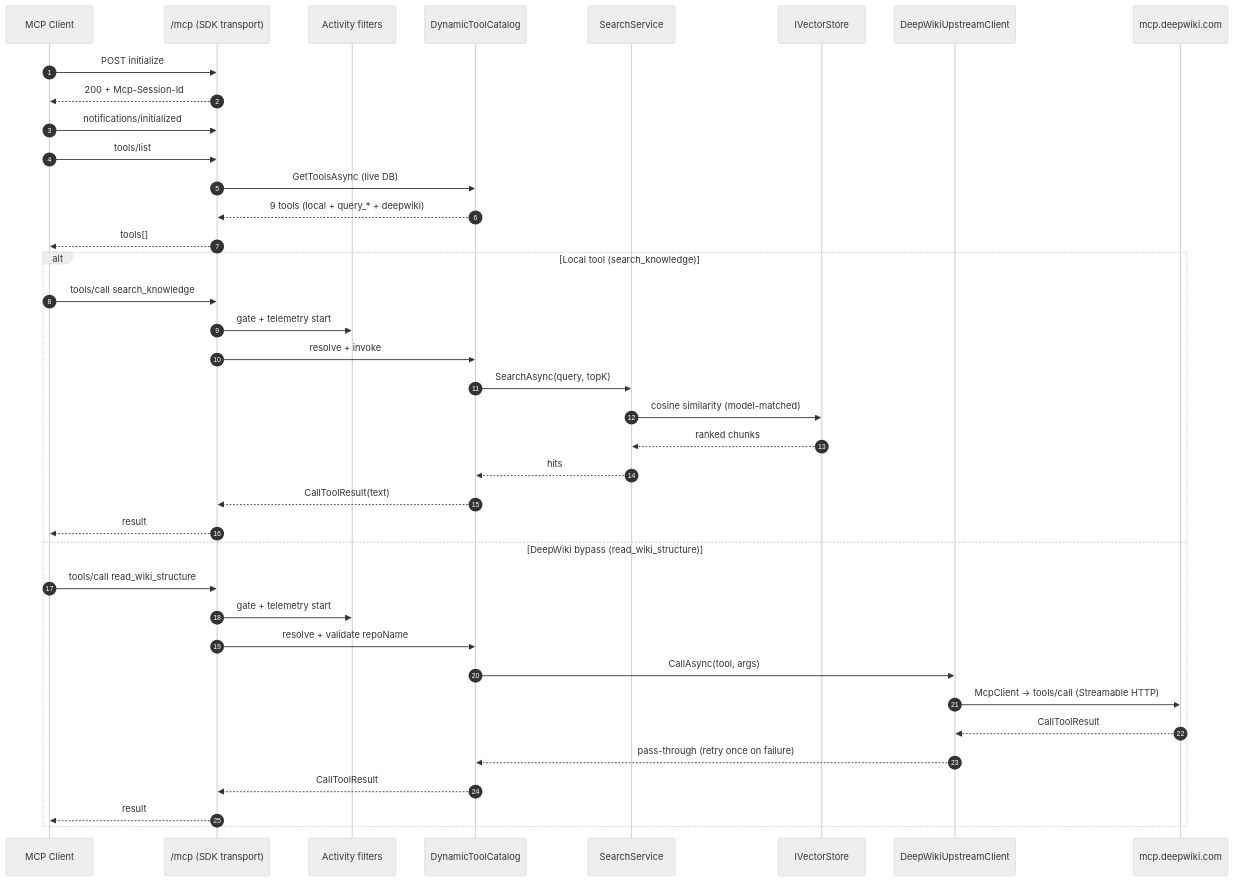
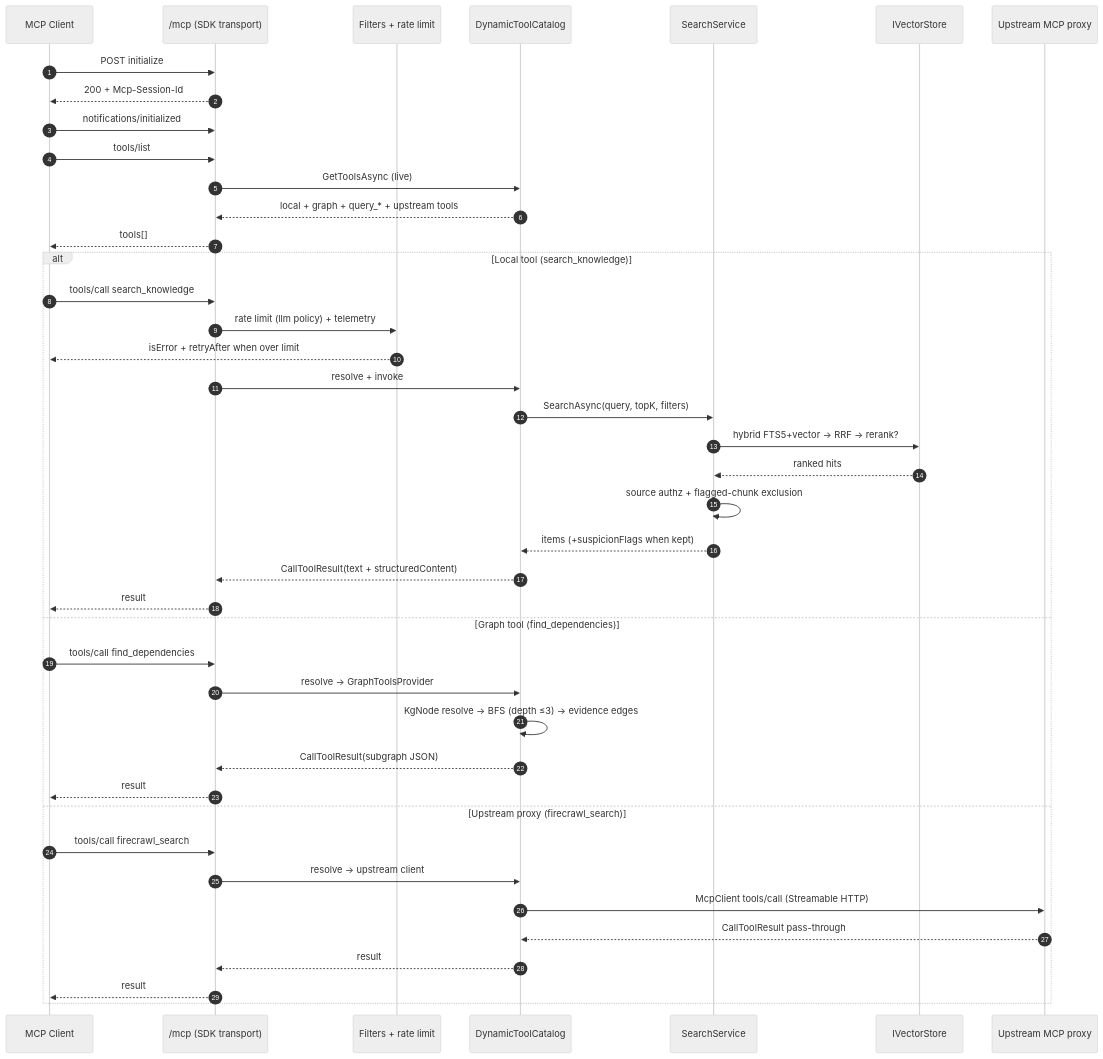
The second of 3 diagrams in docs/architecture/system-architecture.md (afonsoft/LangGraph-UI), drawn with Mermaid before and after one commit. The commit also changed other lines of this file and 29 other files, not shown here.

First line of the commit message:
docs: refresh architecture docs, ADRs, READMEs, and aux guides (#173)

````diff
--- a/docs/architecture/system-architecture.md
+++ b/docs/architecture/system-architecture.md
@@ -97,43 +126,47 @@
 ```mermaid
 %%{init: {'theme':'neutral'}}%%
 sequenceDiagram
     autonumber
     participant C as MCP Client
     participant K as /mcp (SDK transport)
-    participant F as Activity filters
+    participant F as Filters + rate limit
     participant CAT as DynamicToolCatalog
     participant S as SearchService
     participant V as IVectorStore
-    participant D as DeepWikiUpstreamClient
-    participant W as mcp.deepwiki.com
+    participant U as Upstream MCP proxy
 
     C->>K: POST initialize
     K-->>C: 200 + Mcp-Session-Id
     C->>K: notifications/initialized
     C->>K: tools/list
-    K->>CAT: GetToolsAsync (live DB)
-    CAT-->>K: 9 tools (local + query_* + deepwiki)
+    K->>CAT: GetToolsAsync (live)
+    CAT-->>K: local + graph + query_* + upstream tools
     K-->>C: tools[]
 
     alt Local tool (search_knowledge)
         C->>K: tools/call search_knowledge
-        K->>F: gate + telemetry start
+        K->>F: rate limit (llm policy) + telemetry
+        F-->>C: isError + retryAfter when over limit
         K->>CAT: resolve + invoke
-        CAT->>S: SearchAsync(query, topK)
-        S->>V: cosine similarity (model-matched)
-        V-->>S: ranked chunks
-        S-->>CAT: hits
-        CAT-->>K: CallToolResult(text)
+        CAT->>S: SearchAsync(query, topK, filters)
+        S->>V: hybrid FTS5+vector → RRF → rerank?
+        V-->>S: ranked hits
+        S->>S: source authz + flagged-chunk exclusion
+        S-->>CAT: items (+suspicionFlags when kept)
+        CAT-->>K: CallToolResult(text + structuredContent)
         K-->>C: result
-    else DeepWiki bypass (read_wiki_structure)
-        C->>K: tools/call read_wiki_structure
-        K->>F: gate + telemetry start
-        K->>CAT: resolve + validate repoName
-        CAT->>D: CallAsync(tool, args)
-        D->>W: McpClient → tools/call (Streamable HTTP)
-        W-->>D: CallToolResult
-        D-->>CAT: pass-through (retry once on failure)
-        CAT-->>K: CallToolResult
+    else Graph tool (find_dependencies)
+        C->>K: tools/call find_dependencies
+        K->>CAT: resolve → GraphToolsProvider
+        CAT->>CAT: KgNode resolve → BFS (depth ≤3) → evidence edges
+        CAT-->>K: CallToolResult(subgraph JSON)
+        K-->>C: result
+    else Upstream proxy (firecrawl_search)
+        C->>K: tools/call firecrawl_search
+        K->>CAT: resolve → upstream client
+        CAT->>U: McpClient tools/call (Streamable HTTP)
+        U-->>CAT: CallToolResult pass-through
+        CAT-->>K: result
         K-->>C: result
     end
 ```
````
